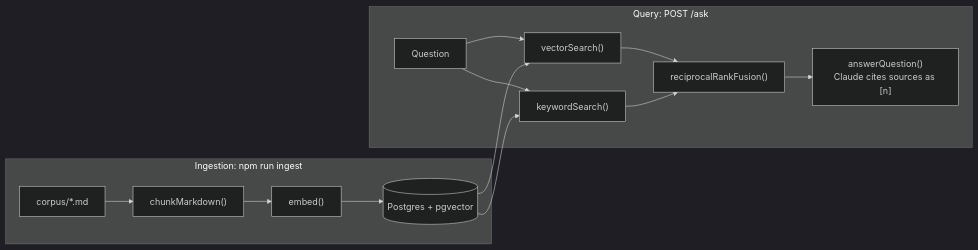
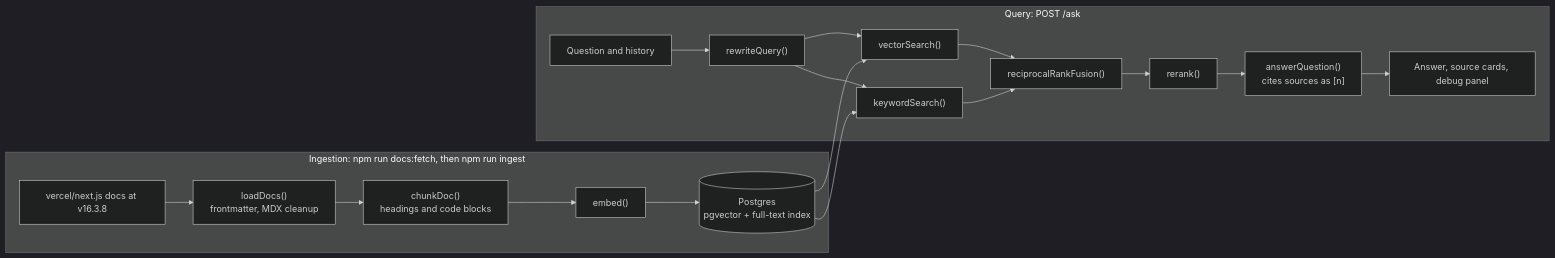
Before and after one commit to Tejas94/rag-assistant: the diagram in README.md, drawn with Mermaid (dark theme). The commit also changed other lines of this file and 78 other files, not shown here.

First line of the commit message:
Replace the made-up corpus with a Next.js docs assistant

````diff
--- a/README.md
+++ b/README.md
@@ -17,15 +19,21 @@
 ```mermaid
 flowchart LR
-  subgraph Ingestion["Ingestion: npm run ingest"]
-    C["corpus/*.md"] --> CH["chunkMarkdown()"] --> E["embed()"] --> DB[("Postgres + pgvector")]
+  subgraph Ingestion["Ingestion: npm run docs:fetch, then npm run ingest"]
+    G["vercel/next.js docs at v16.3.8"] --> L["loadDocs()<br/>frontmatter, MDX cleanup"]
+    L --> CH["chunkDoc()<br/>headings and code blocks"]
+    CH --> E["embed()"]
+    E --> DB[("Postgres<br/>pgvector + full-text index")]
   end
   subgraph Query["Query: POST /ask"]
-    Q[Question] --> V["vectorSearch()"]
-    Q --> K["keywordSearch()"]
-    V --> R["reciprocalRankFusion()"]
-    K --> R
-    R --> A["answerQuestion()<br/>Claude cites sources as [n]"]
+    Q["Question and history"] --> RW["rewriteQuery()"]
+    RW --> V["vectorSearch()"]
+    RW --> K["keywordSearch()"]
+    V --> F["reciprocalRankFusion()"]
+    K --> F
+    F --> RR["rerank()"]
+    RR --> A["answerQuestion()<br/>cites sources as [n]"]
+    A --> UI["Answer, source cards, debug panel"]
   end
   DB --> V
   DB --> K
 ```
````
